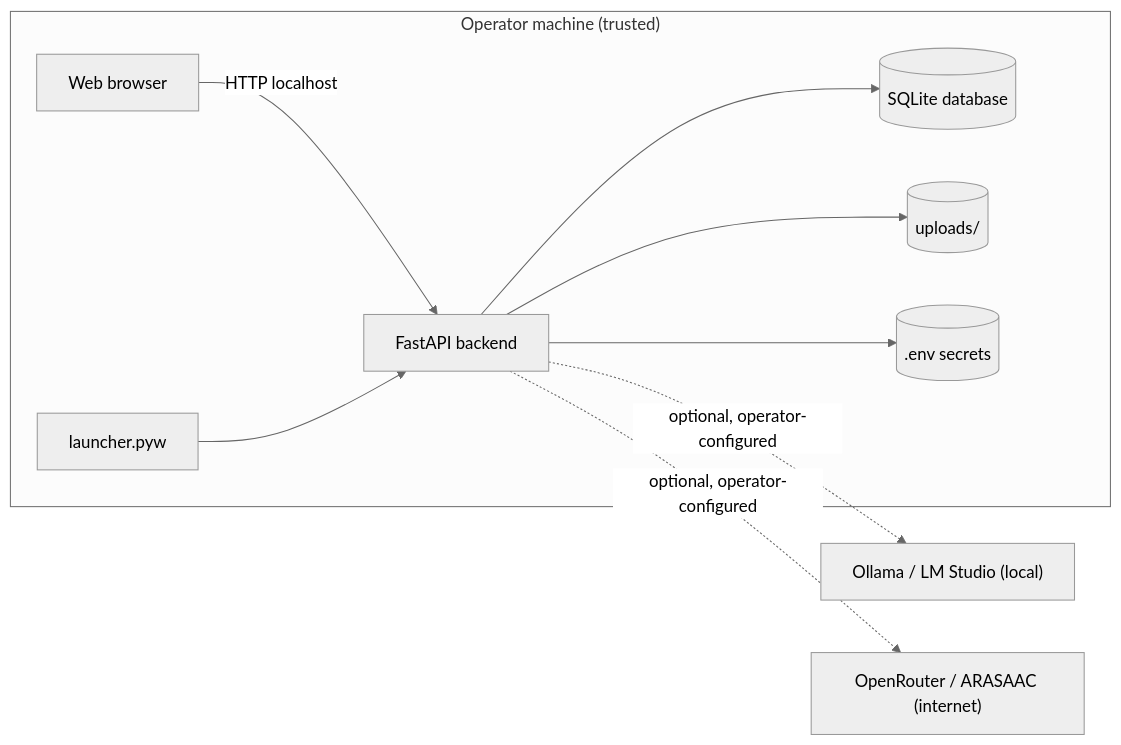
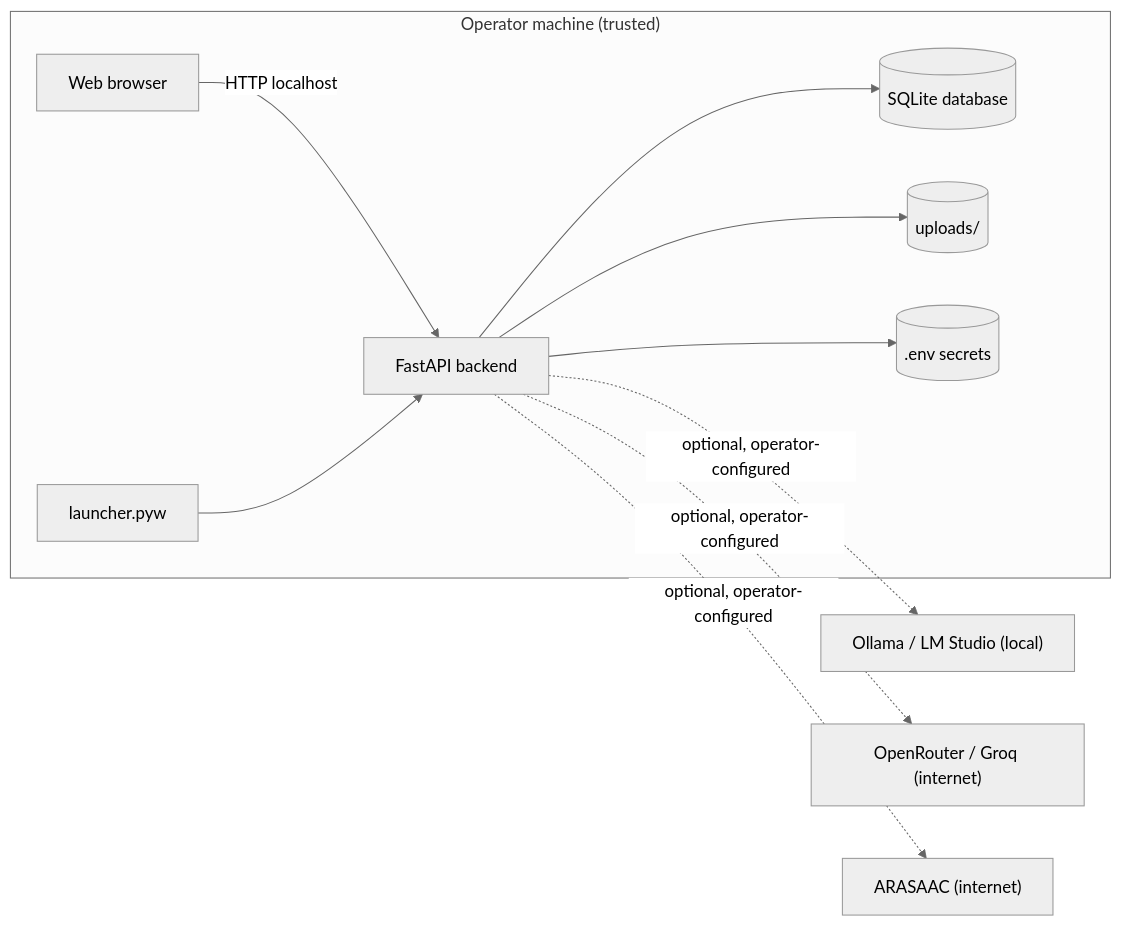
Before and after one commit to rodhayl/AAC_ASSISTANT: the diagram in docs/THREAT_MODEL.md, drawn with Mermaid (neutral theme). The commit also changed other lines of this file and 10 other files, not shown here.

````diff
--- a/docs/THREAT_MODEL.md
+++ b/docs/THREAT_MODEL.md
@@ -28,12 +28,13 @@
 ```mermaid
 flowchart LR
     subgraph OperatorMachine["Operator machine (trusted)"]
         Browser["Web browser"] -->|HTTP localhost| API["FastAPI backend"]
         API --> SQLite[("SQLite database")]
         API --> Uploads[("uploads/")]
         API --> Env[(".env secrets")]
         Launcher["launcher.pyw"] --> API
     end
     API -.->|optional, operator-configured| Ollama["Ollama / LM Studio (local)"]
-    API -.->|optional, operator-configured| OpenRouter["OpenRouter / ARASAAC (internet)"]
+    API -.->|optional, operator-configured| OpenRouter["OpenRouter / Groq (internet)"]
+    API -.->|optional, operator-configured| ARASAAC["ARASAAC (internet)"]
 ```
````
